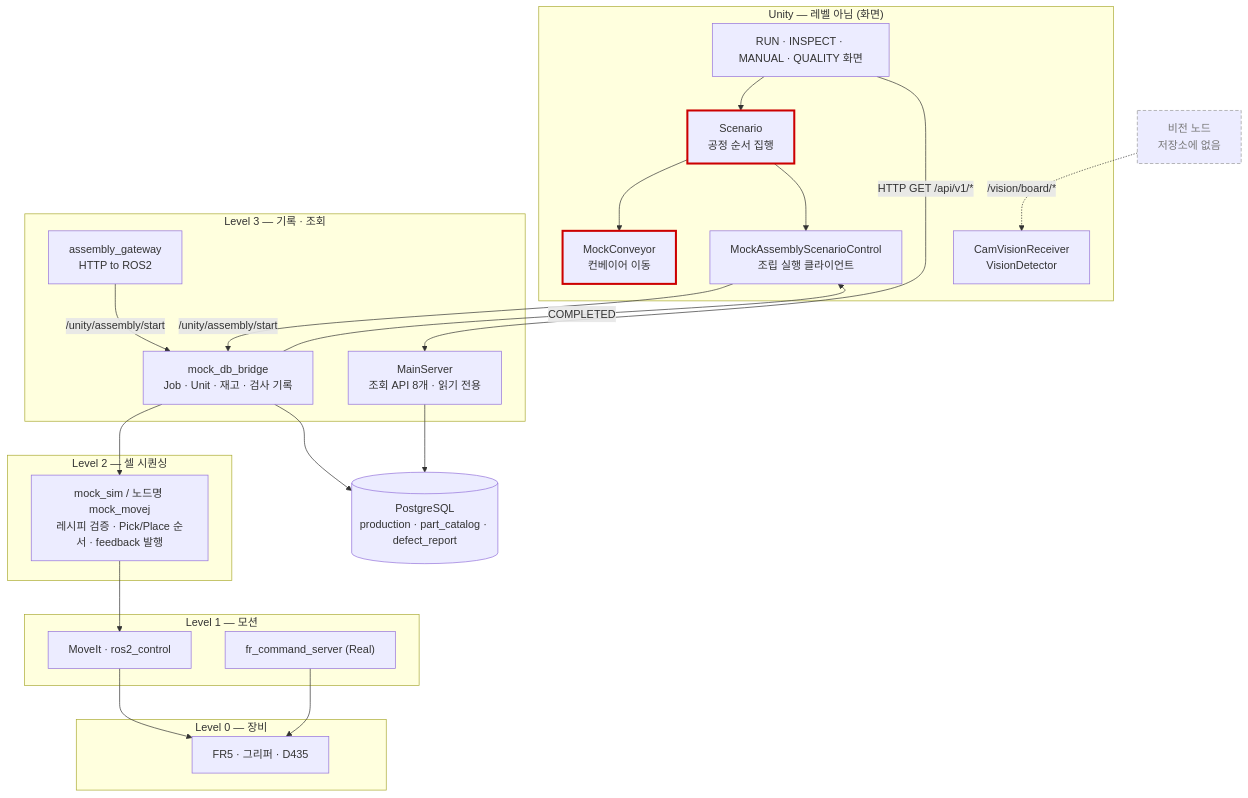
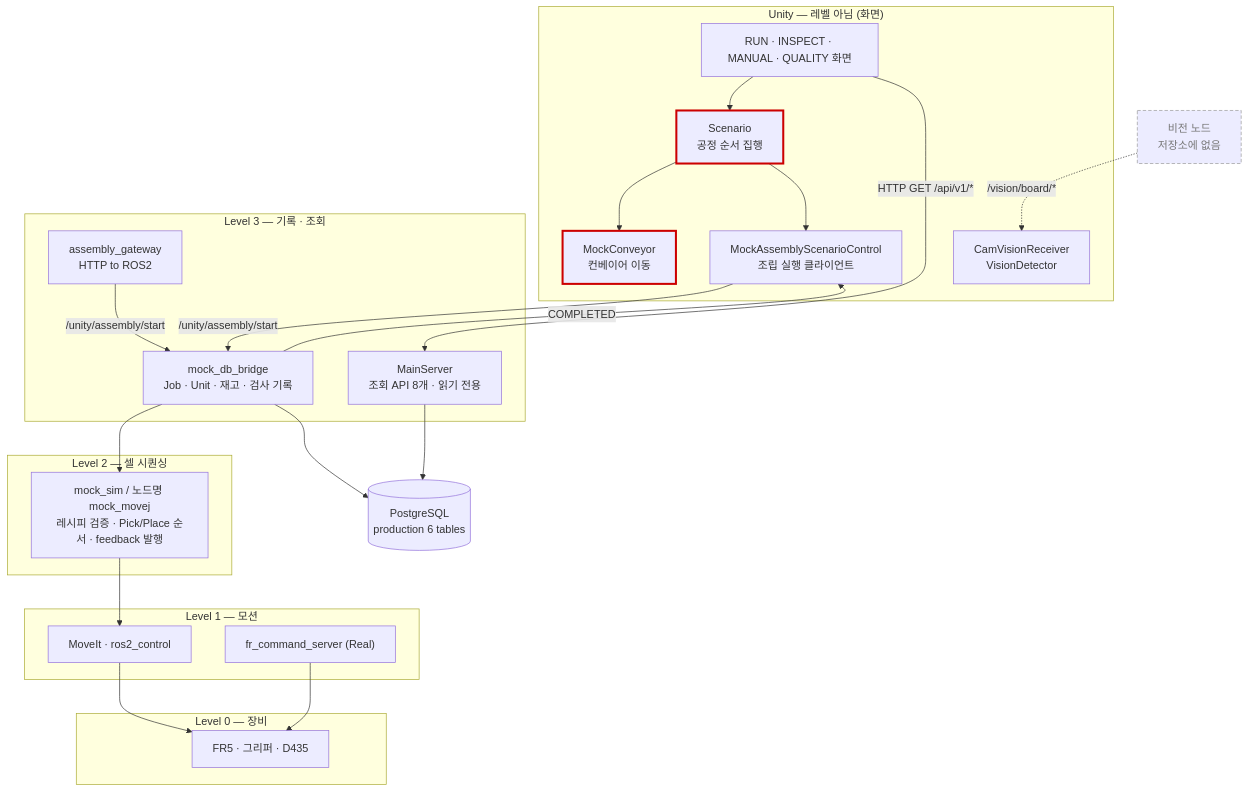
One commit to eduwing-robotics/ros2-ai-cobot-repo1 changed the first of 3 diagrams in UnityDT/Docs/ISA95-Current.md. Above: the diagram before and after it, drawn with Mermaid. The commit also changed 29 other files, not shown here.

Commit message:
refactor(db): keep production schema and file reports

````diff
--- a/UnityDT/Docs/ISA95-Current.md
+++ b/UnityDT/Docs/ISA95-Current.md
@@ -32,52 +32,52 @@
 ```mermaid
 flowchart TB
     subgraph UNITY["Unity — 레벨 아님 (화면)"]
         UI["RUN · INSPECT · MANUAL · QUALITY 화면"]
         SCEN["Scenario<br/>공정 순서 집행"]
         CONV["MockConveyor<br/>컨베이어 이동"]
         MAP["MockAssemblyScenarioControl<br/>조립 실행 클라이언트"]
         VIS["CamVisionReceiver<br/>VisionDetector"]
     end
 
     subgraph L3["Level 3 — 기록 · 조회"]
         MS["MainServer<br/>조회 API 8개 · 읽기 전용"]
         GW["assembly_gateway<br/>HTTP to ROS2"]
         BR["mock_db_bridge<br/>Job · Unit · 재고 · 검사 기록"]
     end
 
     subgraph L2["Level 2 — 셀 시퀀싱"]
         SIM["mock_sim / 노드명 mock_movej<br/>레시피 검증 · Pick/Place 순서 · feedback 발행"]
     end
 
     subgraph L1["Level 1 — 모션"]
         MI["MoveIt · ros2_control"]
         FRS["fr_command_server (Real)"]
     end
 
     subgraph L0["Level 0 — 장비"]
         HW["FR5 · 그리퍼 · D435"]
     end
 
     VNODE["비전 노드<br/>저장소에 없음"]
-    DB[("PostgreSQL<br/>production · part_catalog · defect_report")]
+    DB[("PostgreSQL<br/>production 6 tables")]
 
     UI --> SCEN
     SCEN --> CONV
     SCEN --> MAP
     UI -->|"HTTP GET /api/v1/*"| MS
     MAP -->|"/unity/assembly/start"| BR
     BR -->|"COMPLETED"| MAP
     GW -->|"/unity/assembly/start"| BR
     BR --> SIM
     SIM --> MI
     MI --> HW
     FRS --> HW
     VNODE -. "/vision/board/*" .-> VIS
     MS --> DB
     BR --> DB
 
     classDef bad stroke:#c00,stroke-width:3px
     classDef none stroke:#999,stroke-dasharray:5 3,color:#777
     class SCEN,CONV bad
     class VNODE none
 ```
````
